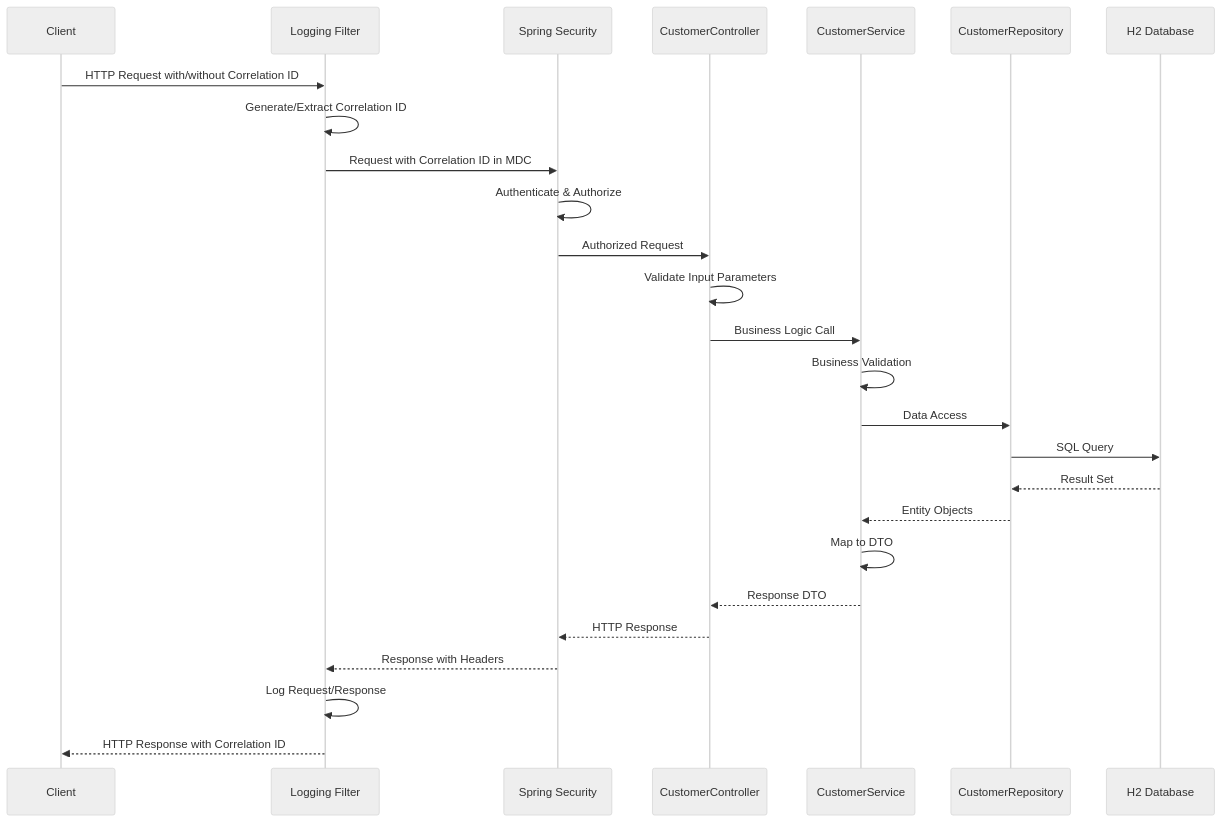
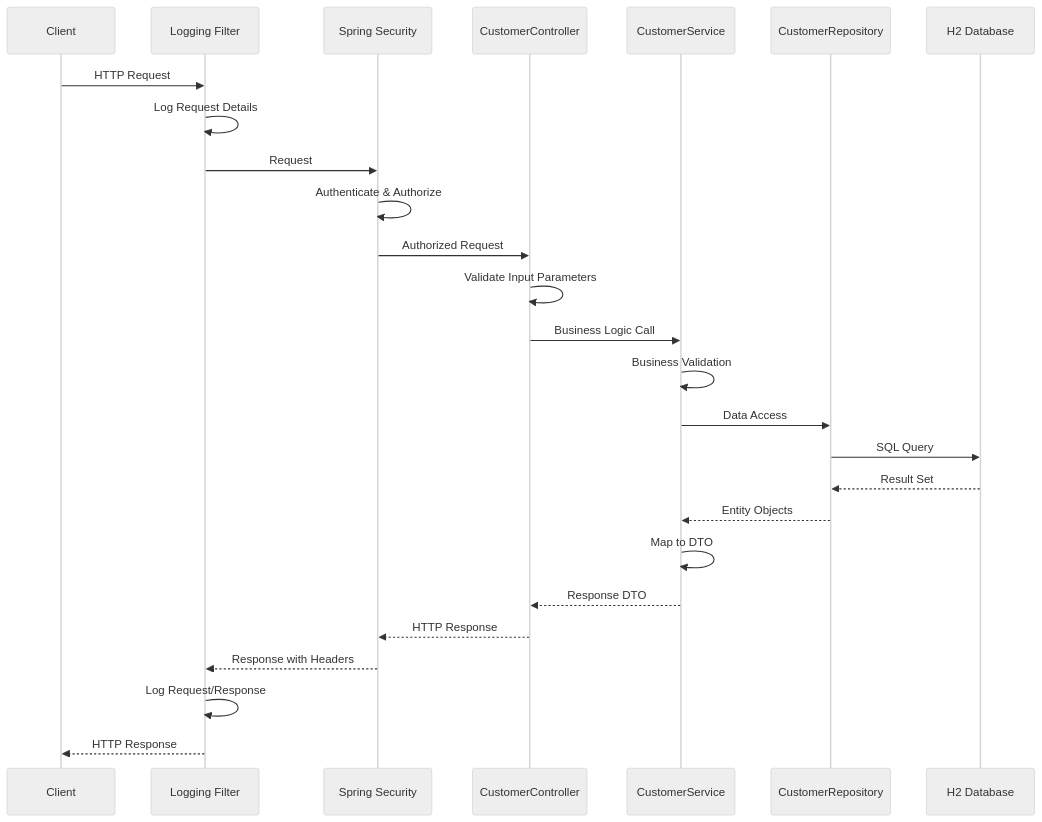
Before and after one commit to psticea/tekmetric-interview: the second of 9 diagrams in backend/documentation.md, drawn with Mermaid (neutral theme). The commit also changed other lines of this file and 5 other files, not shown here.

````diff
--- a/backend/documentation.md
+++ b/backend/documentation.md
@@ -44,29 +44,29 @@
 ```mermaid
 sequenceDiagram
     participant C as Client
     participant F as Logging Filter
     participant S as Spring Security
     participant Ctrl as CustomerController
     participant Svc as CustomerService
     participant Repo as CustomerRepository
     participant DB as H2 Database
 
-    C->>F: HTTP Request with/without Correlation ID
-    F->>F: Generate/Extract Correlation ID
-    F->>S: Request with Correlation ID in MDC
+    C->>F: HTTP Request
+    F->>F: Log Request Details
+    F->>S: Request
     S->>S: Authenticate & Authorize
     S->>Ctrl: Authorized Request
     Ctrl->>Ctrl: Validate Input Parameters
     Ctrl->>Svc: Business Logic Call
     Svc->>Svc: Business Validation
     Svc->>Repo: Data Access
     Repo->>DB: SQL Query
     DB-->>Repo: Result Set
     Repo-->>Svc: Entity Objects
     Svc->>Svc: Map to DTO
     Svc-->>Ctrl: Response DTO
     Ctrl-->>S: HTTP Response
     S-->>F: Response with Headers
     F->>F: Log Request/Response
-    F-->>C: HTTP Response with Correlation ID
+    F-->>C: HTTP Response
 ```
````
